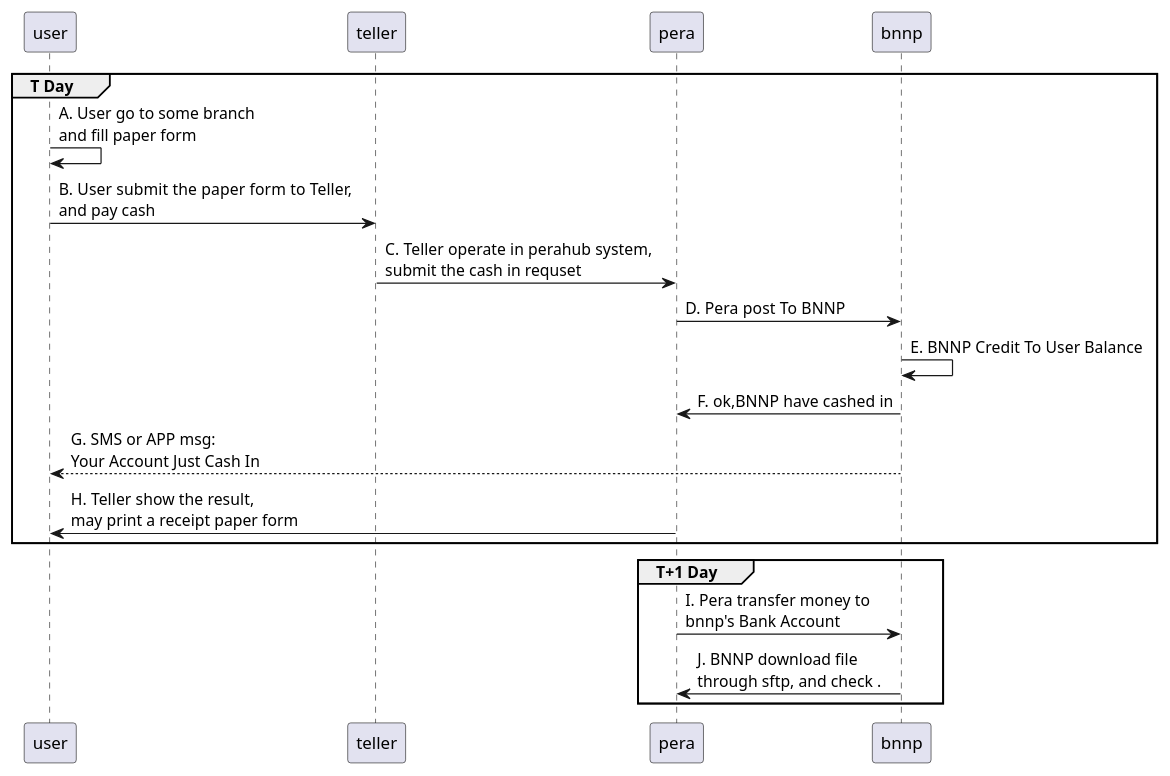
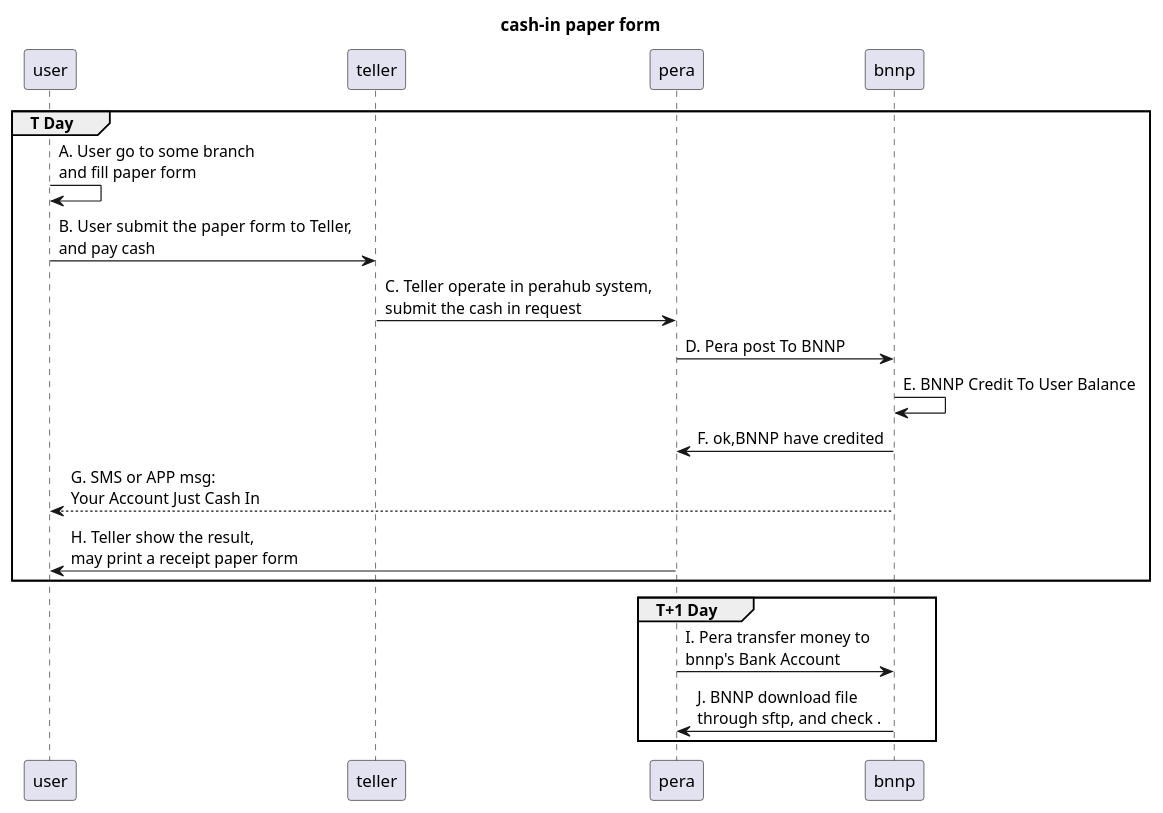
One commit to nbydi/some_documents changed the fourth of 7 diagrams in bnnp_docs/02 外部接口/pera-hub/sequence.wsd. Above: the diagram before and after it, drawn with PlantUML. The commit also changed other lines of this file and 1 other file, not shown here.

Commit message:
新增了线下 CashOut 的描述。

```diff
--- a/bnnp_docs/02 外部接口/pera-hub/sequence.wsd
+++ b/bnnp_docs/02 外部接口/pera-hub/sequence.wsd
@@ -34,16 +34,17 @@
 @startuml
+title cash-in paper form
 group T Day
 user -> user : A. User go to some branch \nand fill paper form
 user -> teller : B. User submit the paper form to Teller, \nand pay cash
-teller -> pera : C. Teller operate in perahub system, \nsubmit the cash in requset
+teller -> pera : C. Teller operate in perahub system, \nsubmit the cash in request
 pera -> bnnp : D. Pera post To BNNP
 bnnp -> bnnp : E. BNNP Credit To User Balance
-bnnp -> pera : F. ok,BNNP have cashed in
+bnnp -> pera : F. ok,BNNP have credited
 bnnp ---> user : G. SMS or APP msg:\nYour Account Just Cash In 
 pera -> user : H. Teller show the result, \nmay print a receipt paper form
 end
 group T+1 Day
 pera -> bnnp : I. Pera transfer money to \nbnnp's Bank Account
 bnnp -> pera : J. BNNP download file \nthrough sftp, and check .
 end
 @end
```
